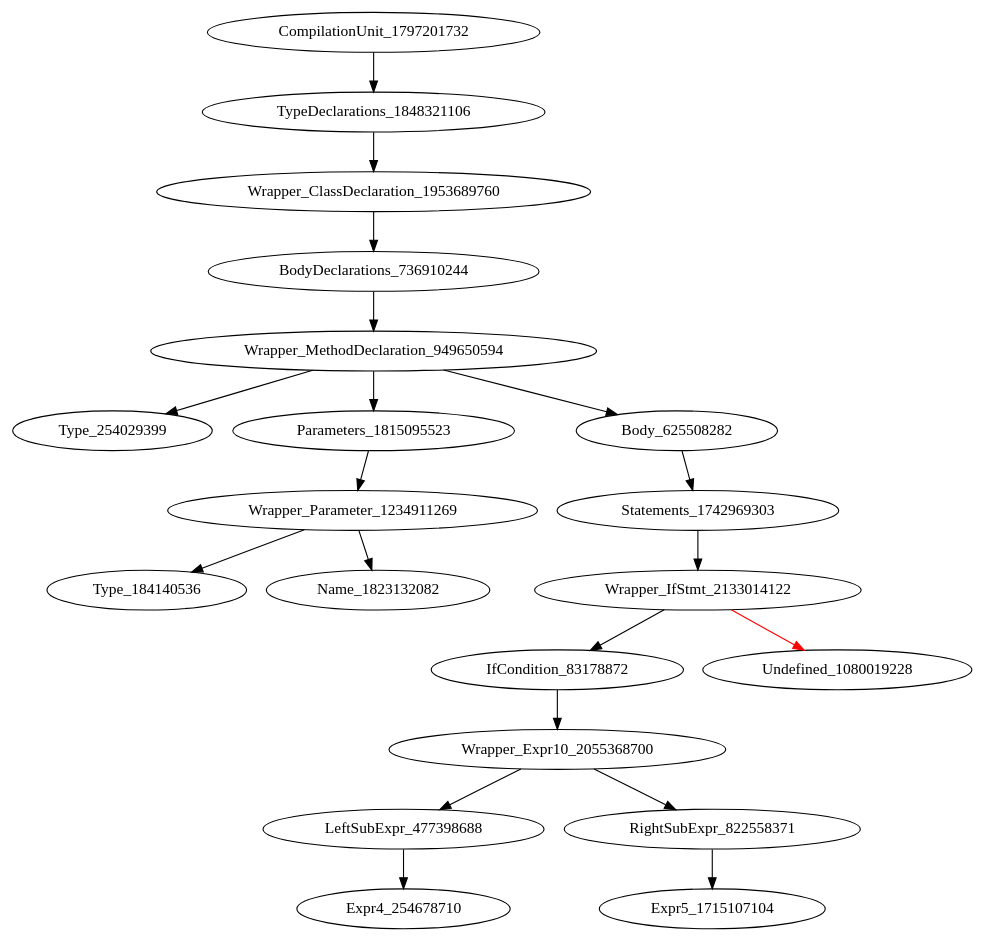
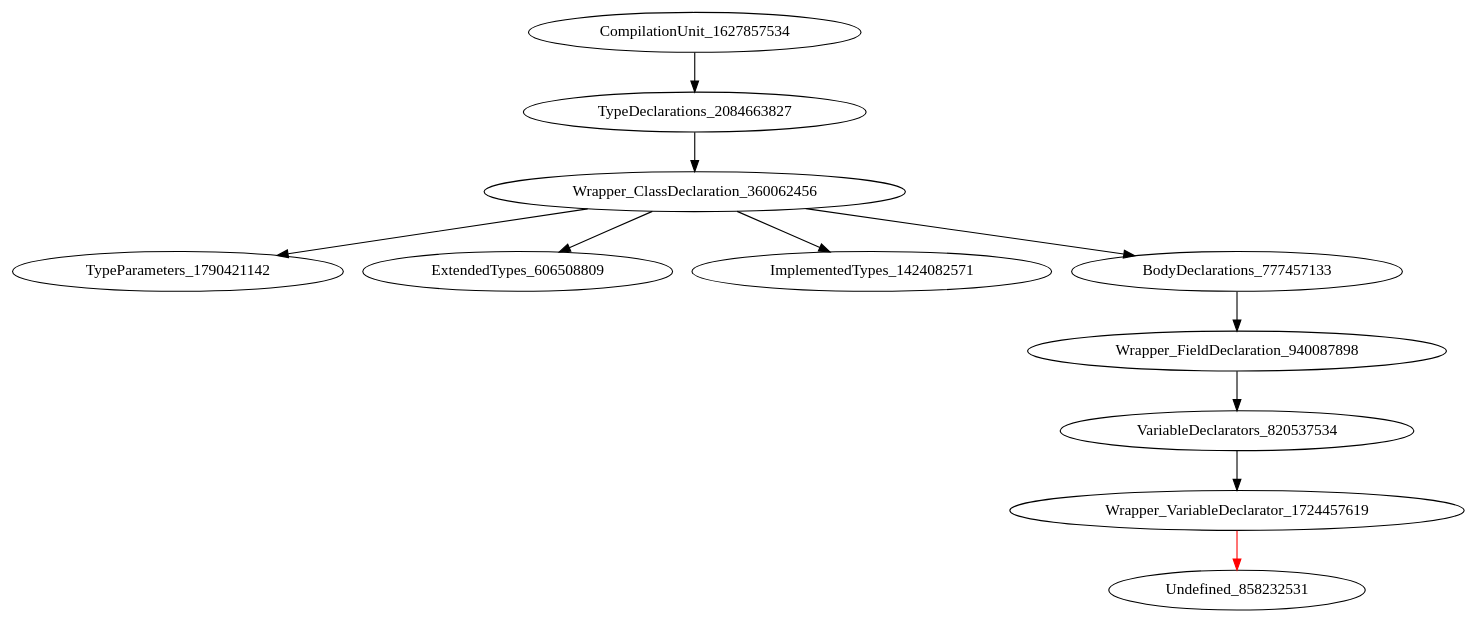
The diagram in holeAST.dot (icse2023material/VoiceJava), drawn with Graphviz before and after one commit. The commit also changed 12 other files, not shown here.

```diff
--- a/holeAST.dot
+++ b/holeAST.dot
@@ -1,21 +1,12 @@
 digraph {
-CompilationUnit_1797201732 -> TypeDeclarations_1848321106
-TypeDeclarations_1848321106 -> Wrapper_ClassDeclaration_1953689760
-Wrapper_ClassDeclaration_1953689760 -> BodyDeclarations_736910244
-BodyDeclarations_736910244 -> Wrapper_MethodDeclaration_949650594
-Wrapper_MethodDeclaration_949650594 -> Type_254029399
-Wrapper_MethodDeclaration_949650594 -> Parameters_1815095523
-Wrapper_MethodDeclaration_949650594 -> Body_625508282
-Parameters_1815095523 -> Wrapper_Parameter_1234911269
-Body_625508282 -> Statements_1742969303
-Wrapper_Parameter_1234911269 -> Type_184140536
-Wrapper_Parameter_1234911269 -> Name_1823132082
-Statements_1742969303 -> Wrapper_IfStmt_2133014122
-Wrapper_IfStmt_2133014122 -> IfCondition_83178872
-Wrapper_IfStmt_2133014122 -> Undefined_1080019228 [color = red] 
-IfCondition_83178872 -> Wrapper_Expr10_2055368700
-Wrapper_Expr10_2055368700 -> LeftSubExpr_477398688
-Wrapper_Expr10_2055368700 -> RightSubExpr_822558371
-LeftSubExpr_477398688 -> Expr4_254678710
-RightSubExpr_822558371 -> Expr5_1715107104
+CompilationUnit_1627857534 -> TypeDeclarations_2084663827
+TypeDeclarations_2084663827 -> Wrapper_ClassDeclaration_360062456
+Wrapper_ClassDeclaration_360062456 -> TypeParameters_1790421142
+Wrapper_ClassDeclaration_360062456 -> ExtendedTypes_606508809
+Wrapper_ClassDeclaration_360062456 -> ImplementedTypes_1424082571
+Wrapper_ClassDeclaration_360062456 -> BodyDeclarations_777457133
+BodyDeclarations_777457133 -> Wrapper_FieldDeclaration_940087898
+Wrapper_FieldDeclaration_940087898 -> VariableDeclarators_820537534
+VariableDeclarators_820537534 -> Wrapper_VariableDeclarator_1724457619
+Wrapper_VariableDeclarator_1724457619 -> Undefined_858232531 [color = red] 
 }
```
